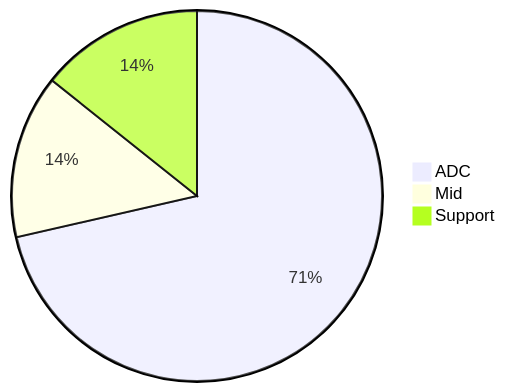
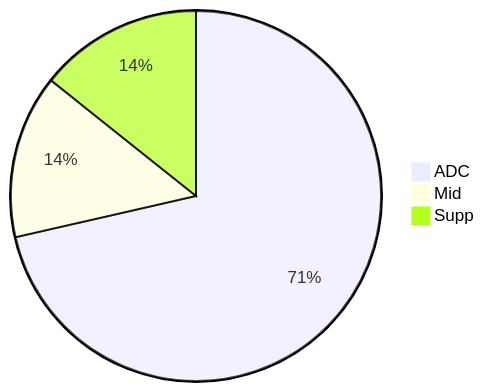
The first of 4 diagrams in docs/gaming/wild-rift.md (flowinho/zensical-website), drawn with Mermaid before and after one commit. The commit also changed other lines of this file, not shown here.

````diff
--- a/docs/gaming/wild-rift.md
+++ b/docs/gaming/wild-rift.md
@@ -15,6 +15,6 @@
 ```mermaid
 pie 
     "ADC" : 5
     "Mid" : 1
-    "Support" : 1
+    "Supp" : 1
 ```
````
